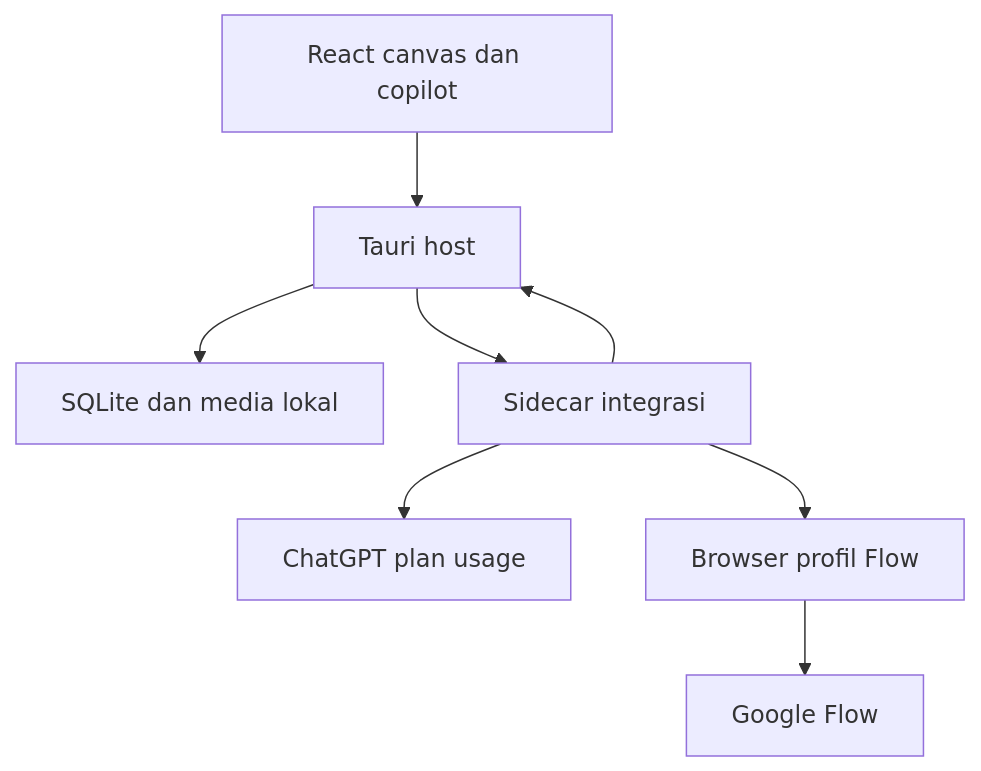
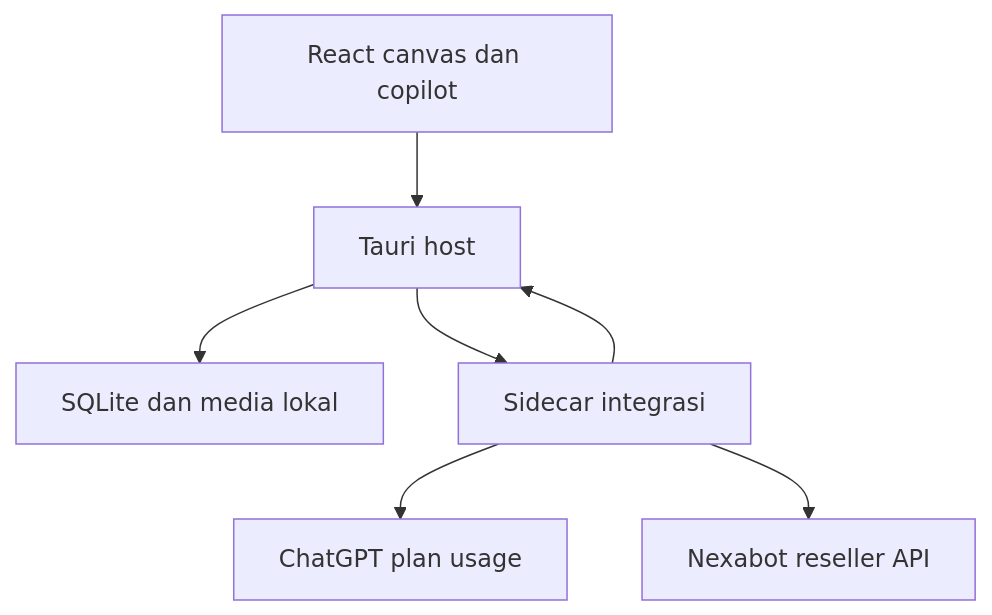
One commit to ferdilpu-sudo/Aluraya changed the diagram in architecture.md. Above: the diagram before and after it, drawn with Mermaid. The commit also changed other lines of this file and 52 other files, not shown here.

Commit message:
Integrate Nexabot reseller API with approved generation and durable result recovery

````diff
--- a/architecture.md
+++ b/architecture.md
@@ -7,10 +9,9 @@
 ```mermaid
 flowchart TD
   UI["React canvas dan copilot"] --> H["Tauri host"]
   H --> DB["SQLite dan media lokal"]
   H --> W["Sidecar integrasi"]
   W --> GPT["ChatGPT plan usage"]
-  W --> B["Browser profil Flow"]
-  B --> FLOW["Google Flow"]
+  W --> N["Nexabot reseller API"]
   W --> H
 ```
````
